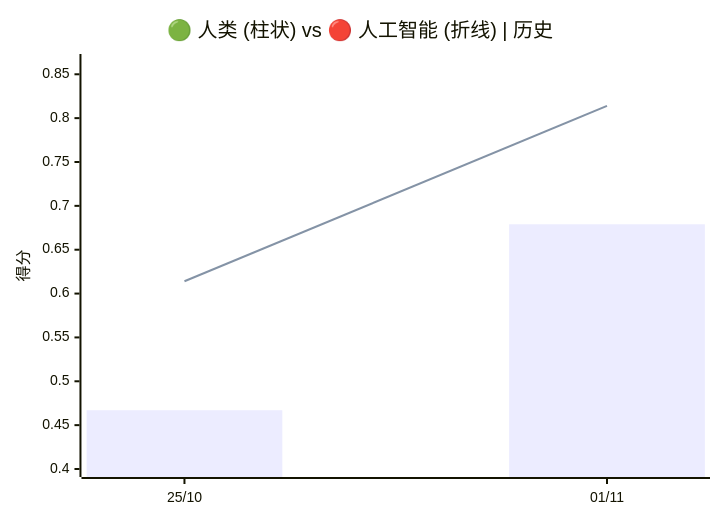
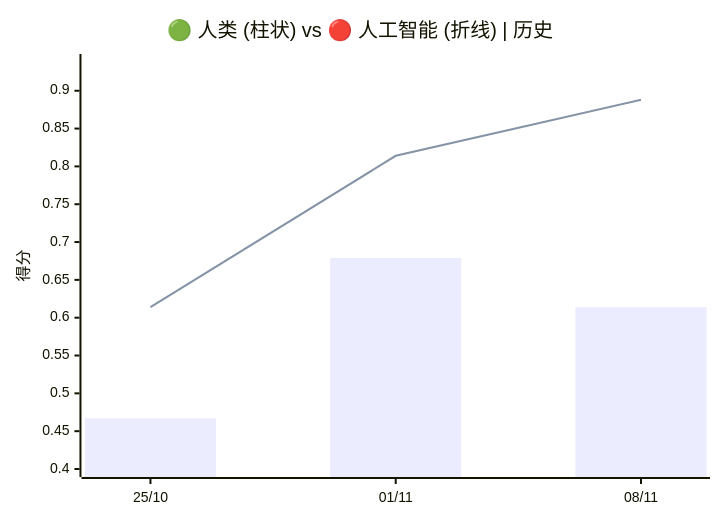
Before and after one commit to VQQLK/Human-AI-Monitor: the first of 3 diagrams in README.zh.md, drawn with Mermaid. The commit also changed other lines of this file and 8 other files, not shown here.

````diff
--- a/README.zh.md
+++ b/README.zh.md
@@ -35,8 +35,8 @@
 ```mermaid
 xychart-beta
     title "🟢 人类 (柱状) vs 🔴 人工智能 (折线) | 历史"
-    x-axis ["25/10", "01/11"]
-    y-axis "得分" 0.400 --> 0.864
-    bar [0.467, 0.679]
-    line [0.614, 0.814]
+    x-axis ["25/10", "01/11", "08/11"]
+    y-axis "得分" 0.400 --> 0.938
+    bar [0.467, 0.679, 0.614]
+    line [0.614, 0.814, 0.888]
 ```
````
